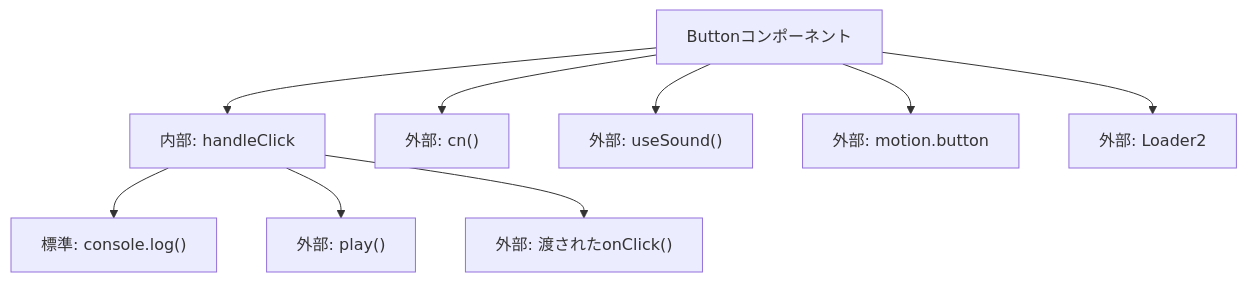
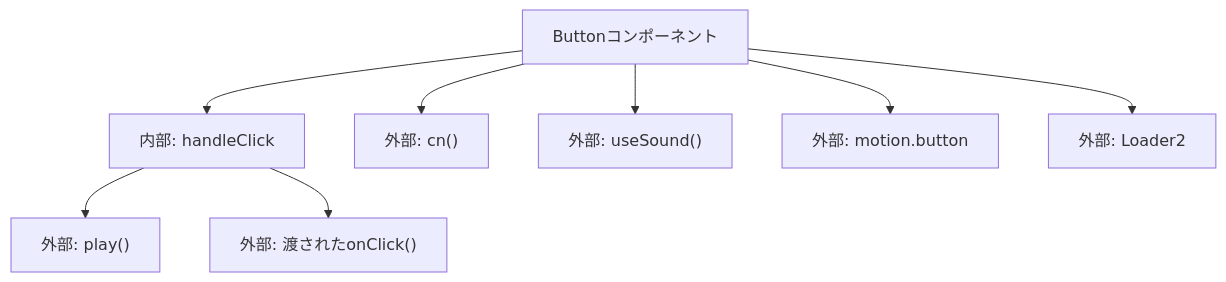
Before and after one commit to mmtigers/my_python_project: the second of 2 diagrams in docs/specifications/family-quest/src/components/ui/Button.md, drawn with Mermaid. The commit also changed other lines of this file, not shown here.

````diff
--- a/docs/specifications/family-quest/src/components/ui/Button.md
+++ b/docs/specifications/family-quest/src/components/ui/Button.md
@@ -107,12 +106,11 @@
 ```mermaid
 graph TD
     Button["Buttonコンポーネント"] --> handleClick["内部: handleClick"]
     Button --> cn["外部: cn()"]
     Button --> useSound["外部: useSound()"]
     Button --> motion["外部: motion.button"]
     Button --> Loader2["外部: Loader2"]
-    handleClick --> console["標準: console.log()"]
     handleClick --> play["外部: play()"]
     handleClick --> propsOnClick["外部: 渡されたonClick()"]
 
 ```
````
